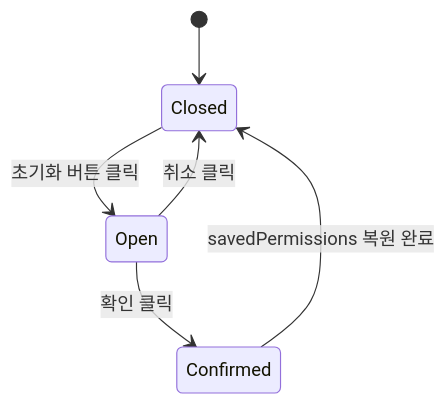
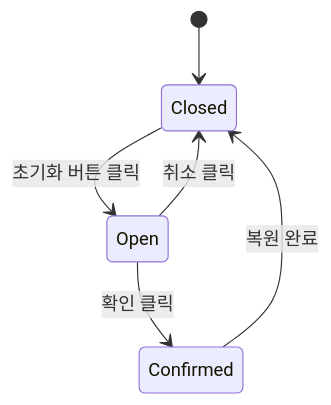
One commit to dev-spogym/admin-pando changed the diagram in docs/다이어그램/D09_설정관리/DLG/DLG-081-001_권한초기화/M1_생명주기.md. Above: the diagram before and after it, drawn with Mermaid. The commit also changed other lines of this file and 1660 other files, not shown here.

First line of the commit message:
다이어그램: 기획자/클라이언트 납품본으로 정리

````diff
--- a/docs/다이어그램/D09_설정관리/DLG/DLG-081-001_권한초기화/M1_생명주기.md
+++ b/docs/다이어그램/D09_설정관리/DLG/DLG-081-001_권한초기화/M1_생명주기.md
@@ -14,8 +12,8 @@
 ```mermaid
 stateDiagram-v2
     [*] --> Closed
     Closed --> Open: 초기화 버튼 클릭
     Open --> Confirmed: 확인 클릭
     Open --> Closed: 취소 클릭
-    Confirmed --> Closed: savedPermissions 복원 완료
+    Confirmed --> Closed: 복원 완료
 ```
````
